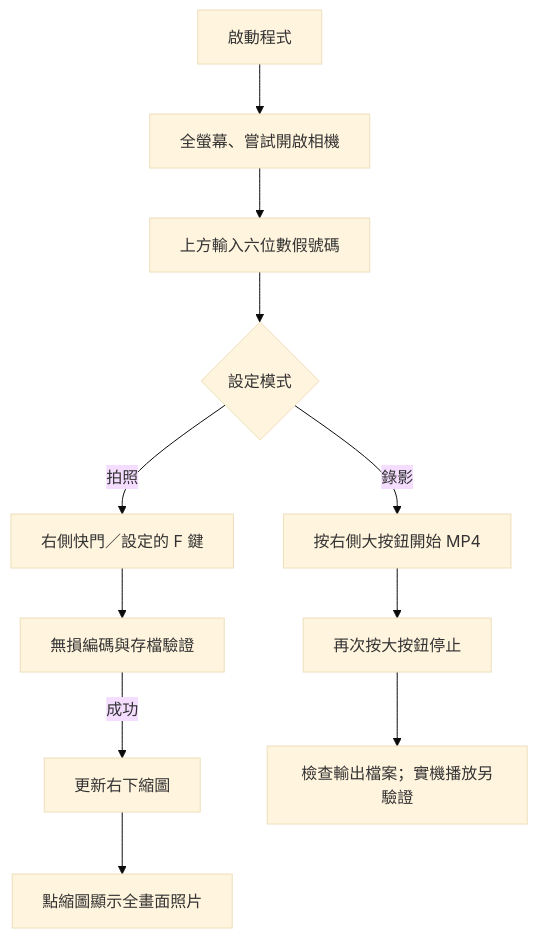
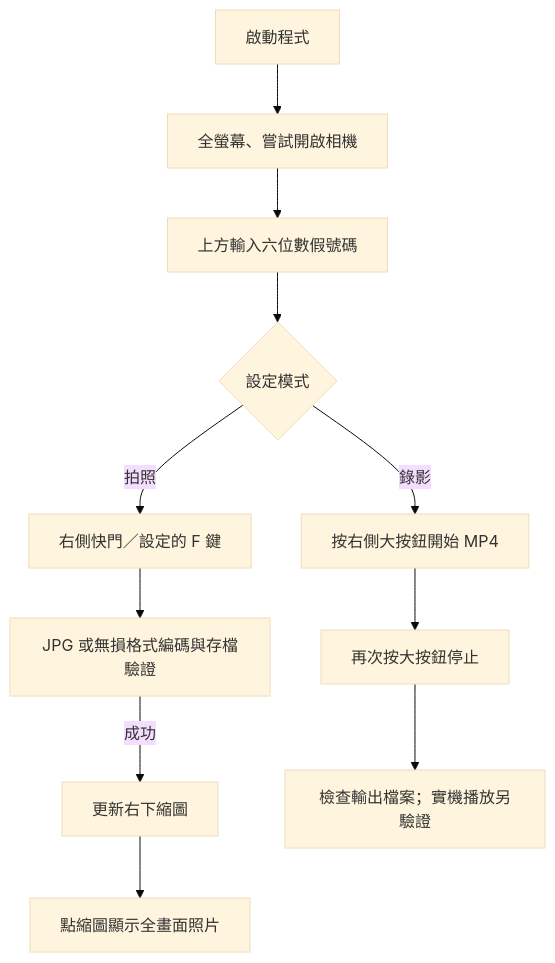
The diagram in DESIGN.md (lemonicefate/clinic-camera-capture), drawn with Mermaid (base theme) before and after one commit. The commit also changed other lines of this file and 12 other files, not shown here.

````diff
--- a/DESIGN.md
+++ b/DESIGN.md
@@ -72,13 +72,13 @@
 ```mermaid
 flowchart TD
     Open[啟動程式] --> Preview[全螢幕、嘗試開啟相機]
     Preview --> Ref[上方輸入六位數假號碼]
     Ref --> Action{設定模式}
     Action -->|拍照| Shot[右側快門／設定的 F 鍵]
-    Shot --> Verify[無損編碼與存檔驗證]
+    Shot --> Verify[JPG 或無損格式編碼與存檔驗證]
     Verify -->|成功| Thumb[更新右下縮圖]
     Thumb --> Full[點縮圖顯示全畫面照片]
     Action -->|錄影| Rec[按右側大按鈕開始 MP4]
     Rec --> Stop[再次按大按鈕停止]
     Stop --> Check[檢查輸出檔案；實機播放另驗證]
 ```
````
